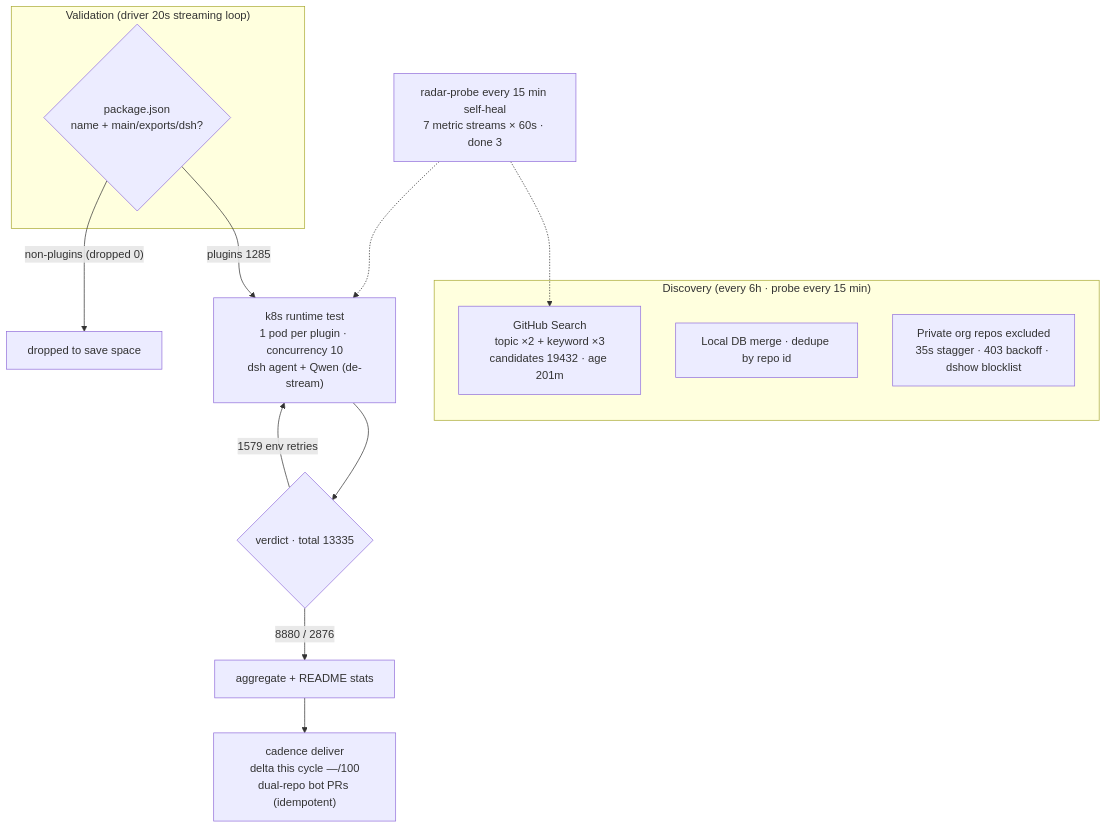
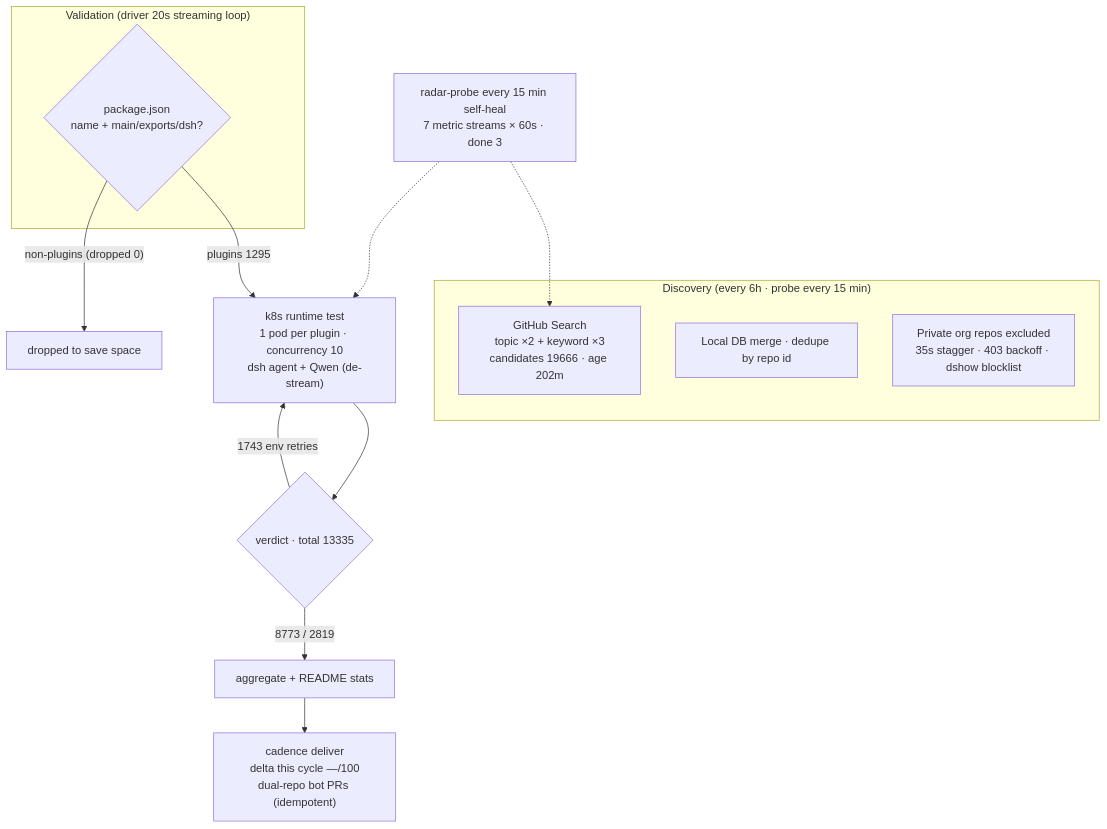
The diagram in README.en-US.md (AdamPlatin123/dsh-plugin-radar), drawn with Mermaid before and after one commit. The commit also changed other lines of this file and 18 other files, not shown here.

````diff
--- a/README.en-US.md
+++ b/README.en-US.md
@@ -45,20 +45,20 @@
 ```mermaid
 flowchart TB
     subgraph Discovery["Discovery (every 6h · probe every 15 min)"]
-        A1["GitHub Search<br/>topic ×2 + keyword ×3<br/>candidates 19432 · age 201m"]
+        A1["GitHub Search<br/>topic ×2 + keyword ×3<br/>candidates 19666 · age 202m"]
         A2["Local DB merge · dedupe by repo id"]
         A3["Private org repos excluded<br/>35s stagger · 403 backoff · dshow blocklist"]
     end
     subgraph Validation["Validation (driver 20s streaming loop)"]
         B1{"package.json<br/>name + main/exports/dsh?"}
     end
-    B1 -->|"plugins 1285"| C1["k8s runtime test<br/>1 pod per plugin · concurrency 10<br/>dsh agent + Qwen (de-stream)"]
+    B1 -->|"plugins 1295"| C1["k8s runtime test<br/>1 pod per plugin · concurrency 10<br/>dsh agent + Qwen (de-stream)"]
     B1 -->|"non-plugins (dropped 0)"| B3["dropped to save space"]
     C1 --> D1{"verdict · total 13335"}
-    D1 -->|"8880 / 2876"| E1["aggregate + README stats"]
-    D1 -->|"1579 env retries"| C1
+    D1 -->|"8773 / 2819"| E1["aggregate + README stats"]
+    D1 -->|"1743 env retries"| C1
     E1 --> E2["cadence deliver<br/>delta this cycle —/100<br/>dual-repo bot PRs (idempotent)"]
     M["radar-probe every 15 min self-heal<br/>7 metric streams × 60s · done 3"]
     M -.-> A1
     M -.-> C1
 ```
````
